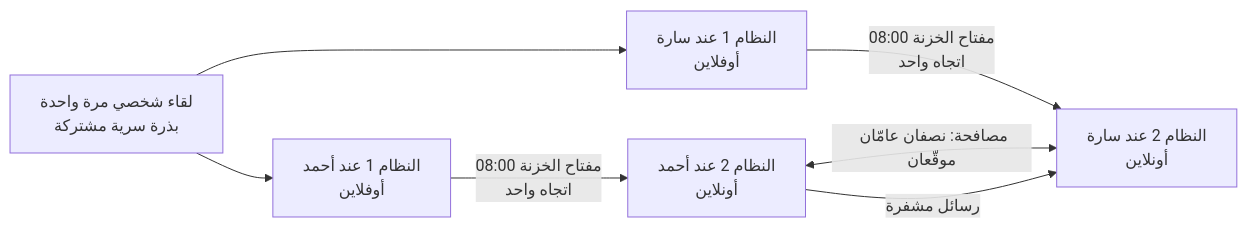
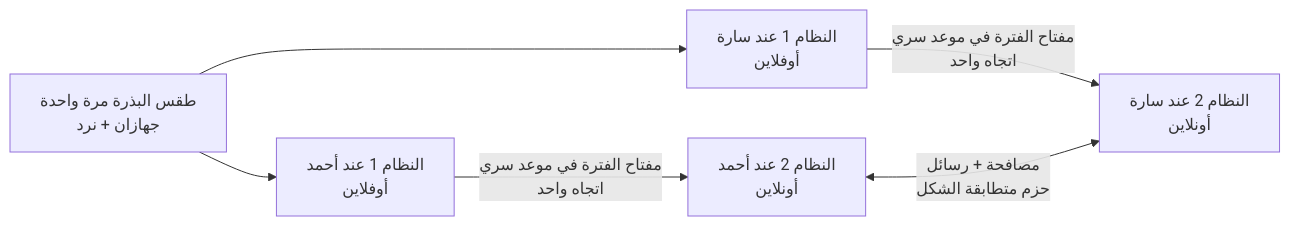
One commit to abdou07mm-spec/Abderrezak-gridi- changed the diagram in synced-key-rotation/README.md. Above: the diagram before and after it, drawn with Mermaid. The commit also changed other lines of this file and 6 other files, not shown here.

````diff
--- a/synced-key-rotation/README.md
+++ b/synced-key-rotation/README.md
@@ -87,10 +134,9 @@
 ```mermaid
 flowchart LR
-    M[لقاء شخصي مرة واحدة<br/>بذرة سرية مشتركة]
+    M[طقس البذرة مرة واحدة<br/>جهازان + نرد]
     M --> V1[النظام 1 عند أحمد<br/>أوفلاين]
     M --> V2[النظام 1 عند سارة<br/>أوفلاين]
-    V1 -->|"08:00 مفتاح الخزنة<br/>اتجاه واحد"| N1[النظام 2 عند أحمد<br/>أونلاين]
-    V2 -->|"08:00 مفتاح الخزنة<br/>اتجاه واحد"| N2[النظام 2 عند سارة<br/>أونلاين]
-    N1 <-->|"مصافحة: نصفان عامّان موقّعان"| N2
-    N1 -->|"رسائل مشفرة"| N2
+    V1 -->|"مفتاح الفترة في موعد سري<br/>اتجاه واحد"| N1[النظام 2 عند أحمد<br/>أونلاين]
+    V2 -->|"مفتاح الفترة في موعد سري<br/>اتجاه واحد"| N2[النظام 2 عند سارة<br/>أونلاين]
+    N1 <-->|"مصافحة + رسائل<br/>حزم متطابقة الشكل"| N2
 ```
````
